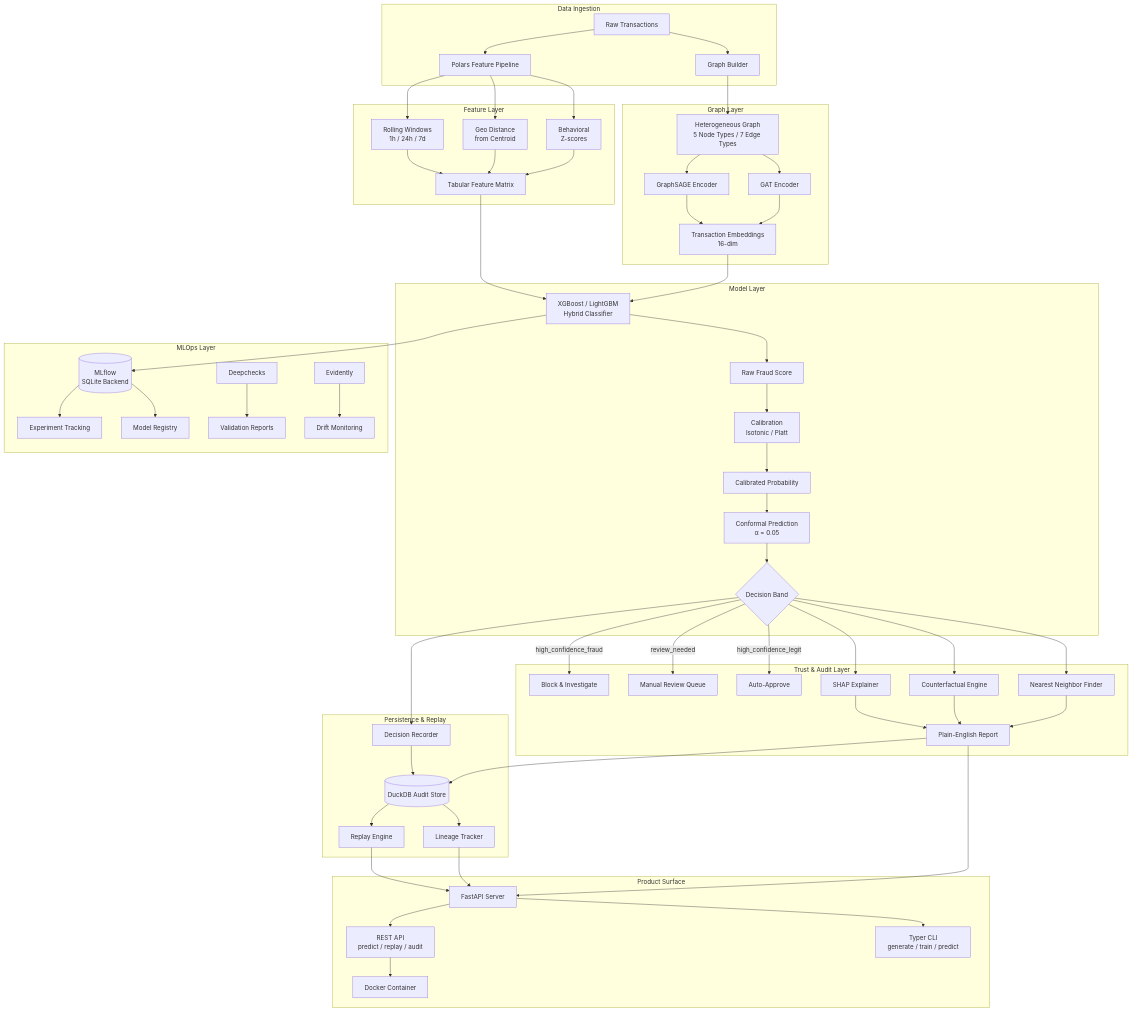
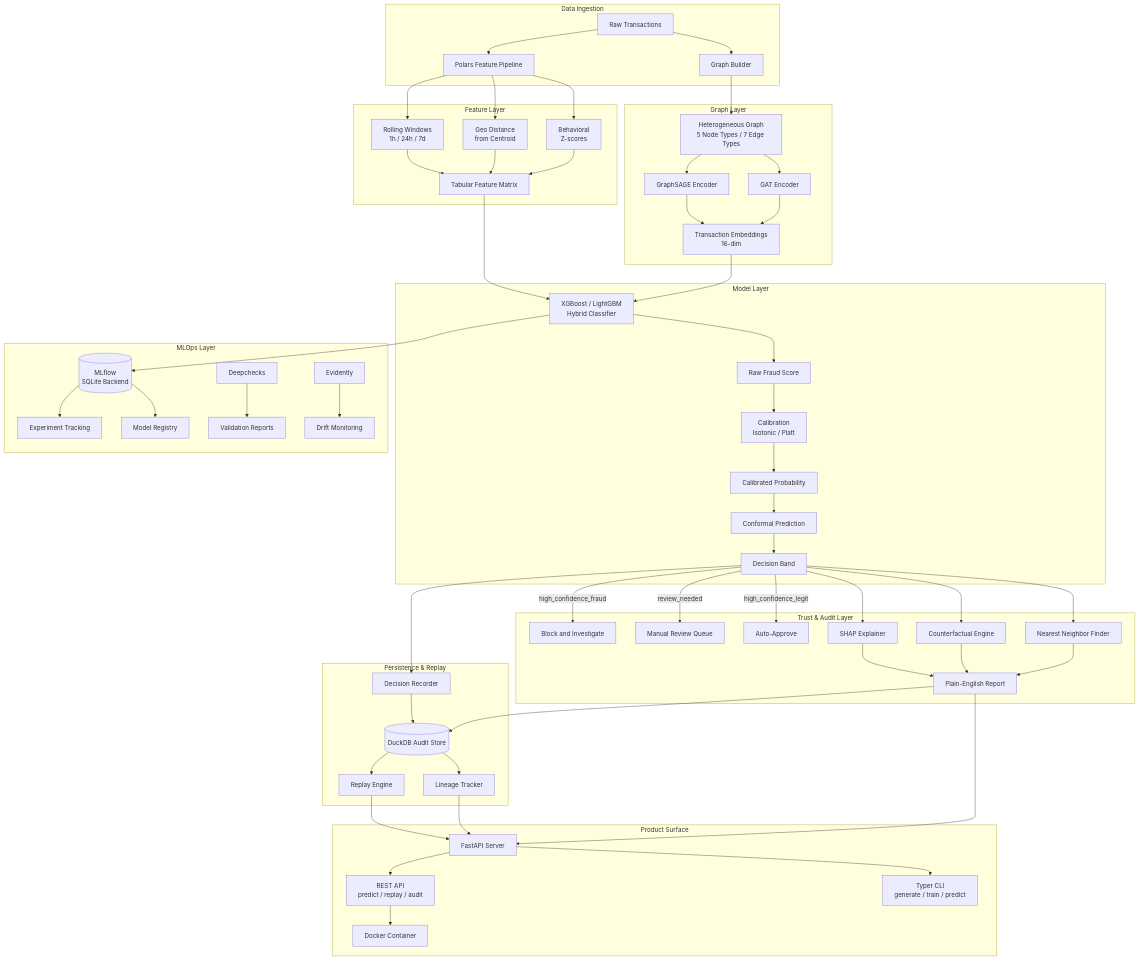
One commit to AngelP17/Rift changed the first of 16 diagrams in ARCHITECTURE.md. Above: the diagram before and after it, drawn with Mermaid. The commit also changed other lines of this file, not shown here.

````diff
--- a/ARCHITECTURE.md
+++ b/ARCHITECTURE.md
@@ -10,65 +12,65 @@
 ```mermaid
 flowchart TB
     subgraph ingestion ["Data Ingestion"]
         A[Raw Transactions] --> B[Polars Feature Pipeline]
         A --> C[Graph Builder]
     end
 
     subgraph features ["Feature Layer"]
         B --> D[Rolling Windows<br/>1h / 24h / 7d]
         B --> E[Geo Distance<br/>from Centroid]
         B --> F[Behavioral<br/>Z-scores]
         D & E & F --> G[Tabular Feature Matrix]
     end
 
     subgraph graph ["Graph Layer"]
         C --> H[Heterogeneous Graph<br/>5 Node Types / 7 Edge Types]
         H --> I[GraphSAGE Encoder]
         H --> J[GAT Encoder]
         I & J --> K[Transaction Embeddings<br/>16-dim]
     end
 
     subgraph model ["Model Layer"]
         G & K --> L[XGBoost / LightGBM<br/>Hybrid Classifier]
         L --> M[Raw Fraud Score]
         M --> N[Calibration<br/>Isotonic / Platt]
         N --> O[Calibrated Probability]
-        O --> P[Conformal Prediction<br/>α = 0.05]
-        P --> Q{Decision Band}
+        O --> P[Conformal Prediction]
+        P --> Q[Decision Band]
     end
 
     subgraph trust ["Trust & Audit Layer"]
-        Q -->|high_confidence_fraud| R[Block & Investigate]
+        Q -->|high_confidence_fraud| R[Block and Investigate]
         Q -->|review_needed| S[Manual Review Queue]
         Q -->|high_confidence_legit| T[Auto-Approve]
         Q --> U[SHAP Explainer]
         Q --> V[Counterfactual Engine]
         Q --> W[Nearest Neighbor Finder]
         U & V & W --> X[Plain-English Report]
     end
 
     subgraph audit ["Persistence & Replay"]
         Q --> Y[Decision Recorder]
         Y --> Z[(DuckDB Audit Store)]
         Z --> AA[Replay Engine]
         Z --> AB[Lineage Tracker]
         X --> Z
     end
 
     subgraph mlops ["MLOps Layer"]
         L --> AC[(MLflow<br/>SQLite Backend)]
         AC --> AD[Experiment Tracking]
         AC --> AE[Model Registry]
         AG[Deepchecks] --> AH[Validation Reports]
         AI[Evidently] --> AJ[Drift Monitoring]
     end
 
     subgraph surface ["Product Surface"]
         AA --> AK[FastAPI Server]
         AB --> AK
         X --> AK
         AK --> AL[REST API<br/>predict / replay / audit]
         AK --> AM[Typer CLI<br/>generate / train / predict]
         AL --> AN[Docker Container]
     end
 ```
````
